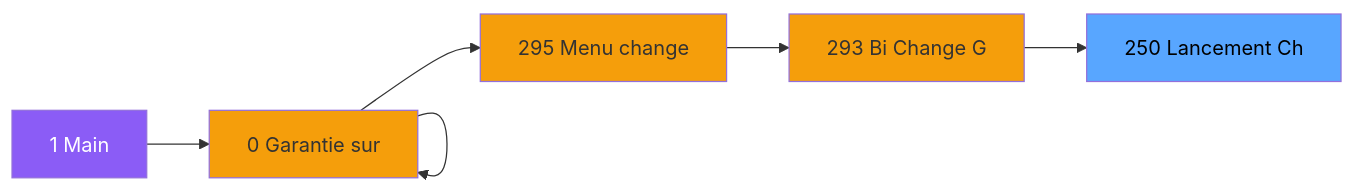
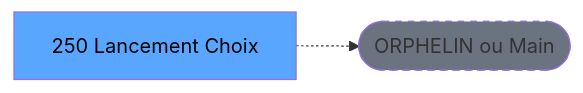
Before and after one commit to thonyAGP/lecteur-magic: the second of 3 diagrams in .openspec/renders/ADH-IDE-250.md, drawn with Mermaid. The commit also changed other lines of this file and 701 other files, not shown here.

````diff
--- a/.openspec/renders/ADH-IDE-250.md
+++ b/.openspec/renders/ADH-IDE-250.md
@@ -108,23 +117,8 @@
 ```mermaid
 graph LR
-    M[1 Main]
-    N0[0 Transaction ]
-    N0[0 Transaction ]
-    N0[0 Garantie sur]
-    N295[295 Menu change ]
-    N293[293 Bi  Change G]
-    T[250 Lancement Ch]
-    M --> N0
-    N0 --> N0
-    N0 --> N0
-    N0 --> N295
-    N295 --> N293
-    N293 --> T
-    style M fill:#8b5cf6,color:#fff
-    style N0 fill:#f59e0b
-    style N0 fill:#f59e0b
-    style N0 fill:#f59e0b
-    style N295 fill:#f59e0b
-    style N293 fill:#f59e0b
+    T[250 Lancement Choix]
+    ORPHAN([ORPHELIN ou Main])
+    T -.-> ORPHAN
     style T fill:#58a6ff,color:#000
+    style ORPHAN fill:#6b7280,stroke-dasharray: 5 5
 ```
````
